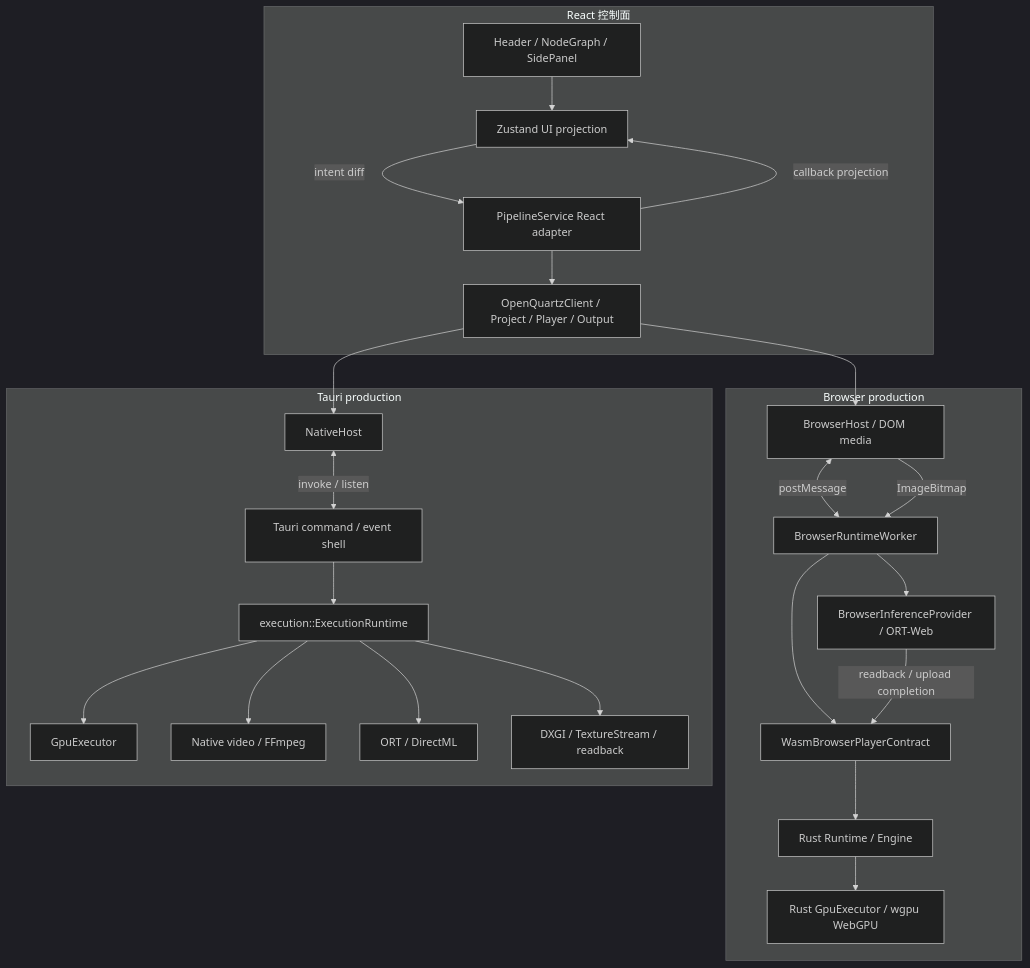
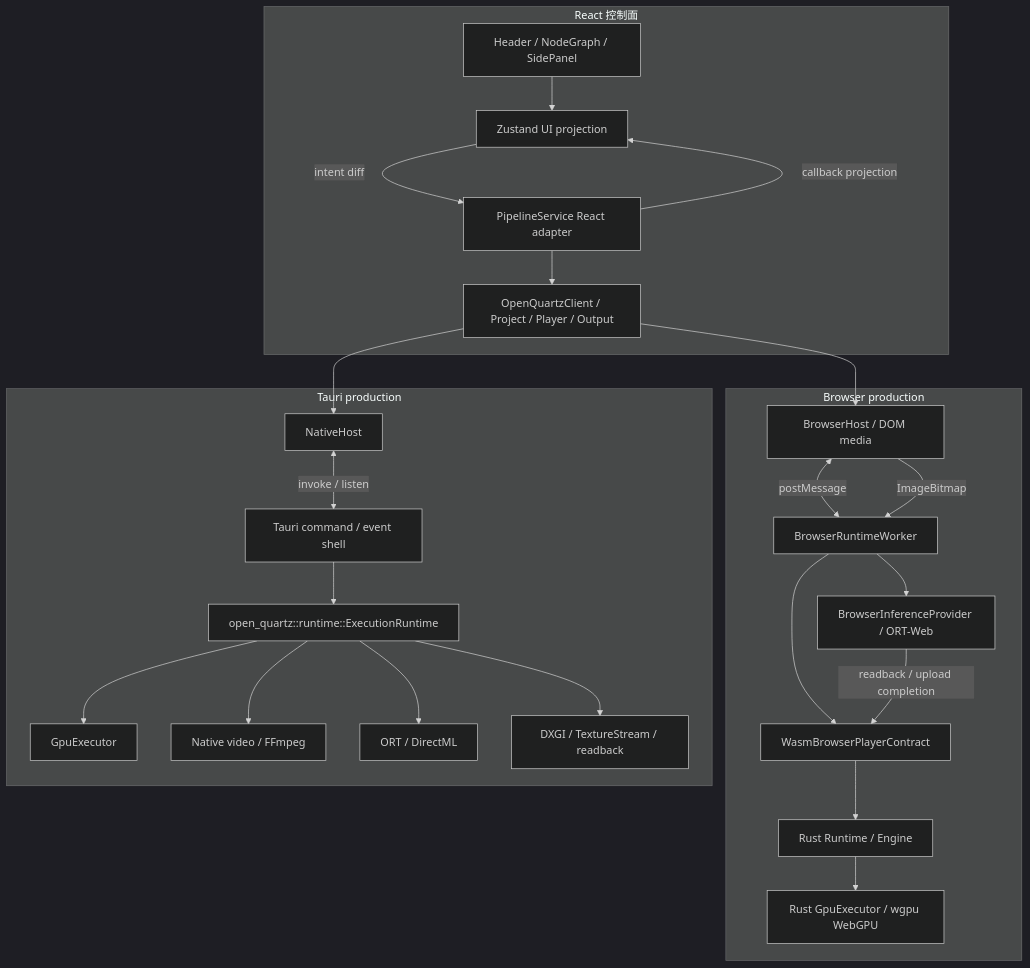
Before and after one commit to sanitor/open_quartz: the second of 12 diagrams in docs/DESIGN.md, drawn with Mermaid (dark theme). The commit also changed other lines of this file and 253 other files, not shown here.

````diff
--- a/docs/DESIGN.md
+++ b/docs/DESIGN.md
@@ -222,46 +195,46 @@
 ```mermaid
 flowchart TB
     subgraph UI[React 控制面]
         Components[Header / NodeGraph / SidePanel]
         Store[Zustand UI projection]
         Service[PipelineService React adapter]
         TSApi[OpenQuartzClient / Project / Player / Output]
         Components --> Store
         Store -->|intent diff| Service
         Service --> TSApi
         Service -->|callback projection| Store
     end
 
     subgraph Browser[Browser production]
         BHost[BrowserHost / DOM media]
         Worker[BrowserRuntimeWorker]
         WasmPlayer[WasmBrowserPlayerContract]
         RustPlayer[Rust Runtime / Engine]
         RustGpu[Rust GpuExecutor / wgpu WebGPU]
         OrtWeb[BrowserInferenceProvider / ORT-Web]
         BHost <-->|postMessage| Worker
         BHost -->|ImageBitmap| Worker
         Worker --> WasmPlayer --> RustPlayer --> RustGpu
         Worker --> OrtWeb
         OrtWeb -->|readback / upload completion| WasmPlayer
     end
 
     subgraph Native[Tauri production]
         NHost[NativeHost]
         Tauri[Tauri command / event shell]
-        NRuntime[execution::ExecutionRuntime]
+        NRuntime[open_quartz::runtime::ExecutionRuntime]
         NGpu[GpuExecutor]
         NMedia[Native video / FFmpeg]
         NOnnx[ORT / DirectML]
         NPresent[DXGI / TextureStream / readback]
         NHost <-->|invoke / listen| Tauri
         Tauri --> NRuntime
         NRuntime --> NGpu
         NRuntime --> NMedia
         NRuntime --> NOnnx
         NRuntime --> NPresent
     end
 
     TSApi --> BHost
     TSApi --> NHost
 ```
````
